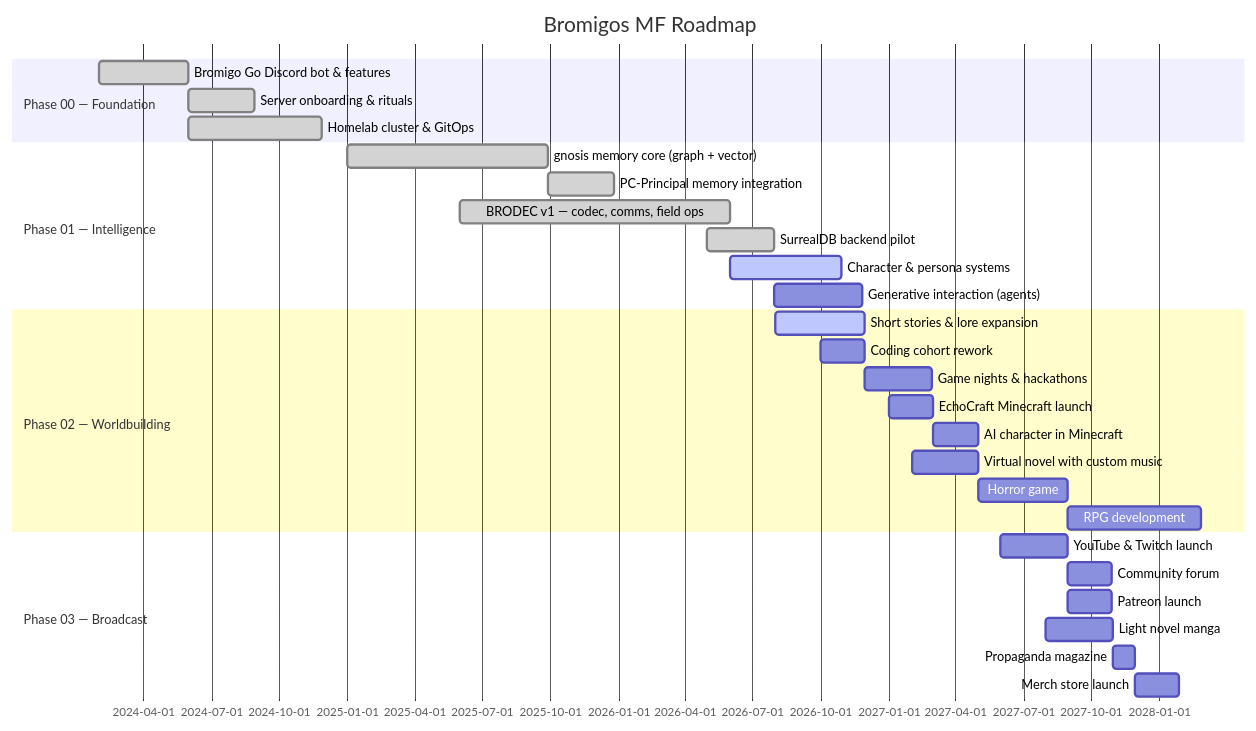
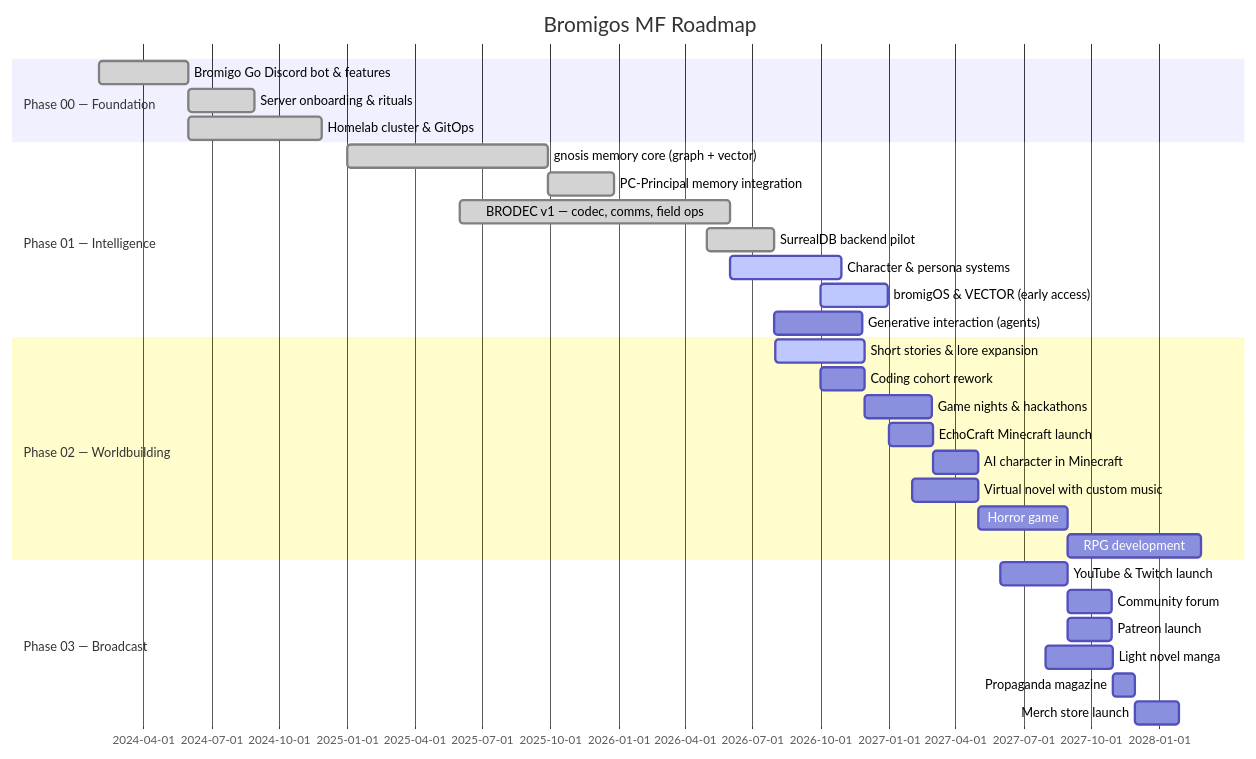
One commit to bromigos-org/.github changed the diagram in profile/README.md. Above: the diagram before and after it, drawn with Mermaid. The commit also changed other lines of this file, not shown here.

Commit message:
Add bromigOS and bromigos.org to the operations; GhostWriter on hold

````diff
--- a/profile/README.md
+++ b/profile/README.md
@@ -21,36 +23,37 @@
 ```mermaid
 gantt
     dateFormat  YYYY-MM-DD
     title Bromigos MF Roadmap
 
     section Phase 00 — Foundation
     Bromigo Go Discord bot & features   :done, p0a, 2024-02-01, 120d
     Server onboarding & rituals         :done, p0b, after p0a, 90d
     Homelab cluster & GitOps            :done, p0c, 2024-06-01, 180d
 
     section Phase 01 — Intelligence
     gnosis memory core (graph + vector) :done, p1a, 2025-01-01, 270d
     PC-Principal memory integration     :done, p1b, after p1a, 90d
     BRODEC v1 — codec, comms, field ops :done, p1c, 2025-06-01, 365d
     SurrealDB backend pilot             :done, p1d, 2026-05-01, 90d
     Character & persona systems         :active, p1e, 2026-06-01, 150d
+    bromigOS & VECTOR (early access)    :active, p1g, 2026-10-01, 90d
     Generative interaction (agents)     :p1f, after p1d, 120d
 
     section Phase 02 — Worldbuilding
     Short stories & lore expansion      :active, p2a, 2026-08-01, 120d
     Coding cohort rework                :p2b, 2026-10-01, 60d
     Game nights & hackathons            :p2c, after p2b, 90d
     EchoCraft Minecraft launch          :p2d, 2027-01-01, 60d
     AI character in Minecraft           :p2e, after p2d, 60d
     Virtual novel with custom music     :p2f, 2027-02-01, 90d
     Horror game                         :p2g, after p2f, 120d
     RPG development                     :p2h, after p2g, 180d
 
     section Phase 03 — Broadcast
     YouTube & Twitch launch             :p3a, 2027-06-01, 90d
     Community forum                     :p3b, after p3a, 60d
     Patreon launch                      :p3c, after p3a, 60d
     Light novel manga                   :p3d, 2027-08-01, 90d
     Propaganda magazine                 :p3e, after p3d, 30d
     Merch store launch                  :p3f, after p3e, 60d
 ```
````
